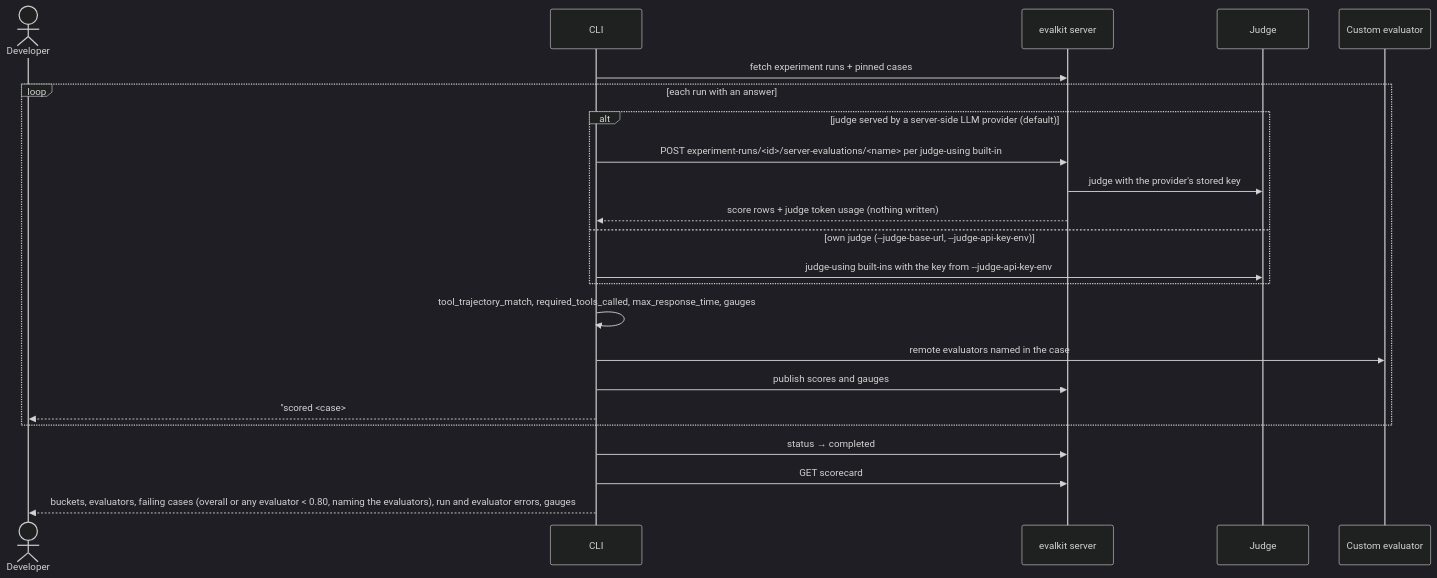
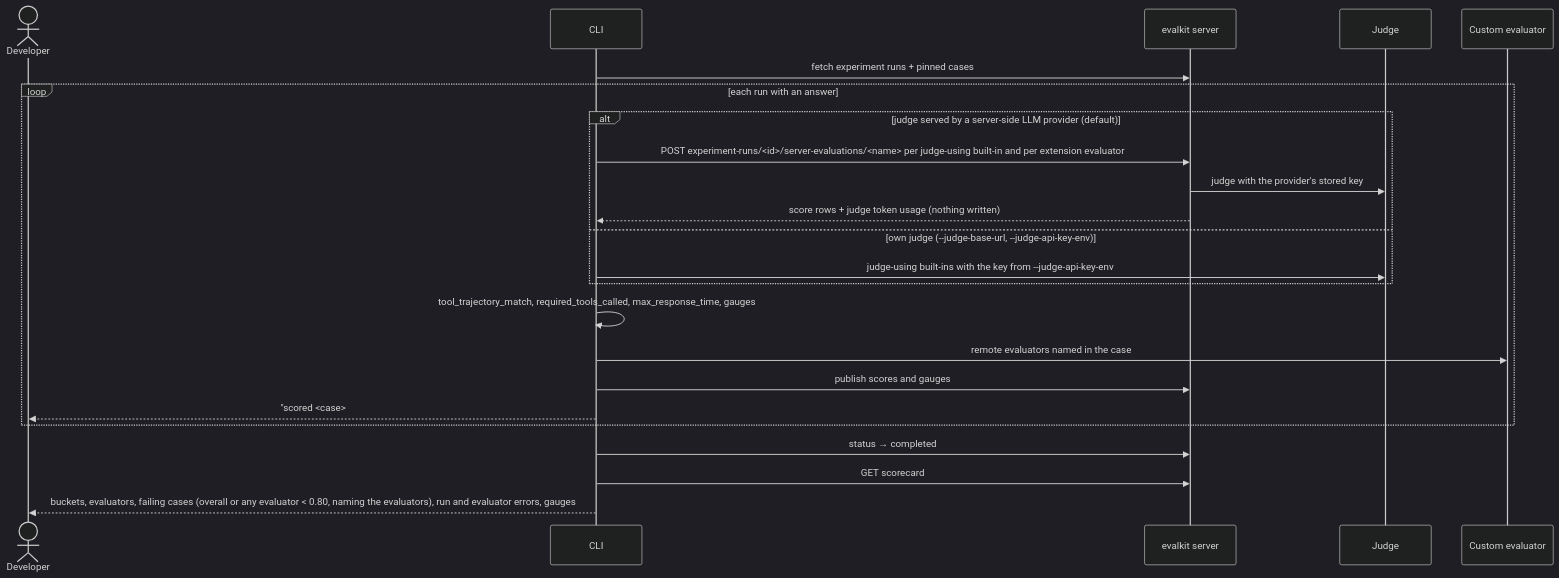
One commit to inferedge-ai/evalkit changed the second of 3 diagrams in docs/flows/07-local-harness-run.md. Above: the diagram before and after it, drawn with Mermaid (dark theme). The commit also changed 9 other files, not shown here.

First line of the commit message:
Score extension evaluators on the server for local and SDK runs

````diff
--- a/docs/flows/07-local-harness-run.md
+++ b/docs/flows/07-local-harness-run.md
@@ -54,26 +54,26 @@
 ```mermaid
 sequenceDiagram
   actor Dev as Developer
   participant CLI
   participant S as evalkit server
   participant J as Judge
   participant E as Custom evaluator
 
   CLI->>S: fetch experiment runs + pinned cases
   loop each run with an answer
     alt judge served by a server-side LLM provider (default)
-      CLI->>S: POST experiment-runs/#lt;id#gt;/server-evaluations/#lt;name#gt; per judge-using built-in
+      CLI->>S: POST experiment-runs/#lt;id#gt;/server-evaluations/#lt;name#gt; per judge-using built-in and per extension evaluator
       S->>J: judge with the provider's stored key
       S-->>CLI: score rows + judge token usage (nothing written)
     else own judge (--judge-base-url, --judge-api-key-env)
       CLI->>J: judge-using built-ins with the key from --judge-api-key-env
     end
     CLI->>CLI: tool_trajectory_match, required_tools_called, max_response_time, gauges
     CLI->>E: remote evaluators named in the case
     CLI->>S: publish scores and gauges
     CLI-->>Dev: "scored #lt;case#gt; ##lt;rep#gt; (#lt;n#gt; rows)"
   end
   CLI->>S: status → completed
   CLI->>S: GET scorecard
   CLI-->>Dev: buckets, evaluators, failing cases (overall or any evaluator < 0.80, naming the evaluators), run and evaluator errors, gauges
 ```
````
